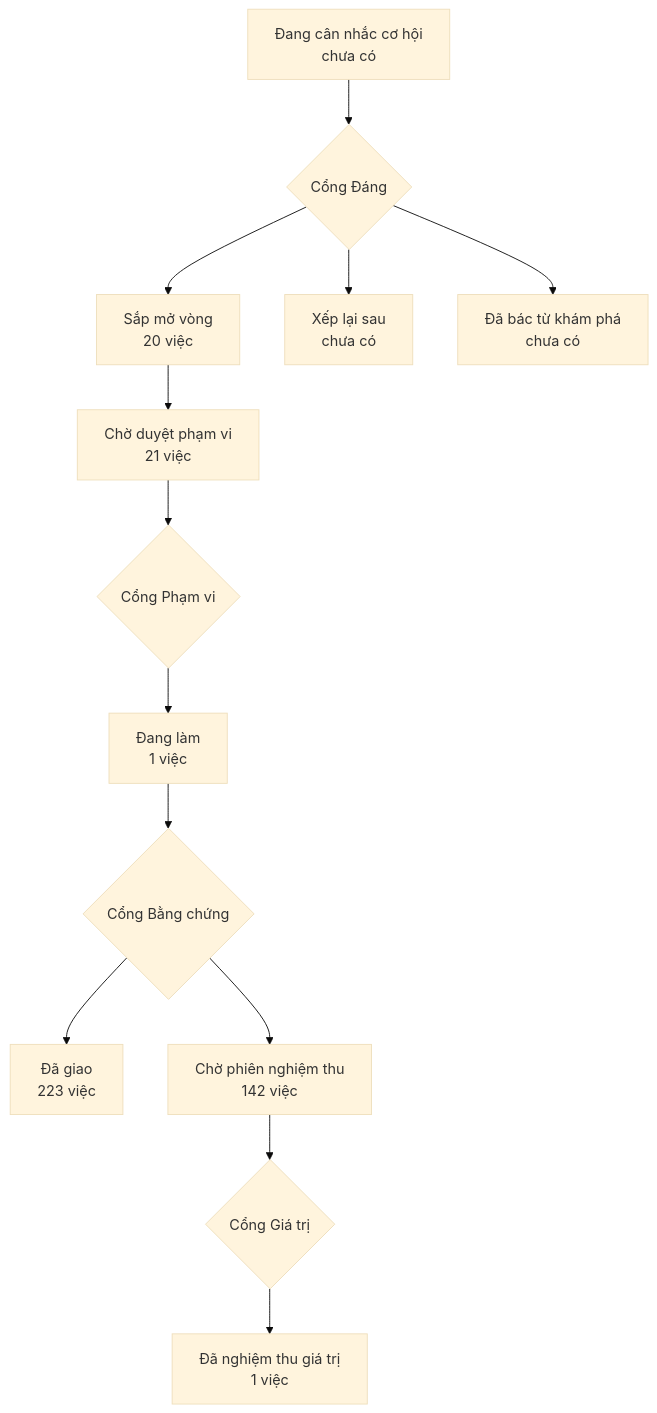
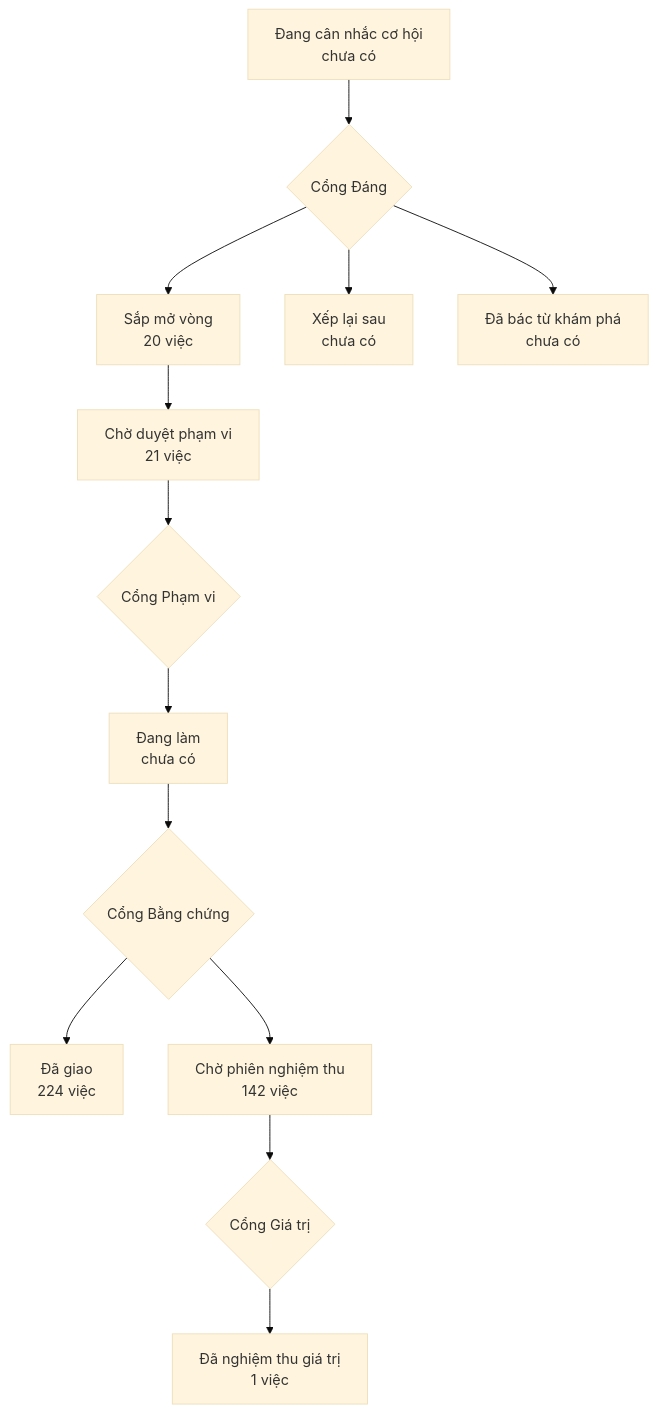
One commit to phanlemanh/onehub-invest changed the diagram in PRODUCT-MAP.md. Above: the diagram before and after it, drawn with Mermaid (base theme). The commit also changed other lines of this file and 4 other files, not shown here.

````diff
--- a/PRODUCT-MAP.md
+++ b/PRODUCT-MAP.md
@@ -7,12 +7,12 @@
 ```mermaid
 flowchart TD
   A["Đang cân nhắc cơ hội<br/>chưa có"] --> GD{"Cổng Đáng"}
   GD --> B["Sắp mở vòng<br/>20 việc"]
   GD --> XL["Xếp lại sau<br/>chưa có"]
   GD --> DB["Đã bác từ khám phá<br/>chưa có"]
   B --> CD["Chờ duyệt phạm vi<br/>21 việc"] --> GP{"Cổng Phạm vi"}
-  GP --> DL["Đang làm<br/>1 việc"] --> GB{"Cổng Bằng chứng"}
-  GB --> DG["Đã giao<br/>223 việc"]
+  GP --> DL["Đang làm<br/>chưa có"] --> GB{"Cổng Bằng chứng"}
+  GB --> DG["Đã giao<br/>224 việc"]
   GB --> CN["Chờ phiên nghiệm thu<br/>142 việc"] --> GG{"Cổng Giá trị"}
   GG --> NT["Đã nghiệm thu giá trị<br/>1 việc"]
 ```
````
